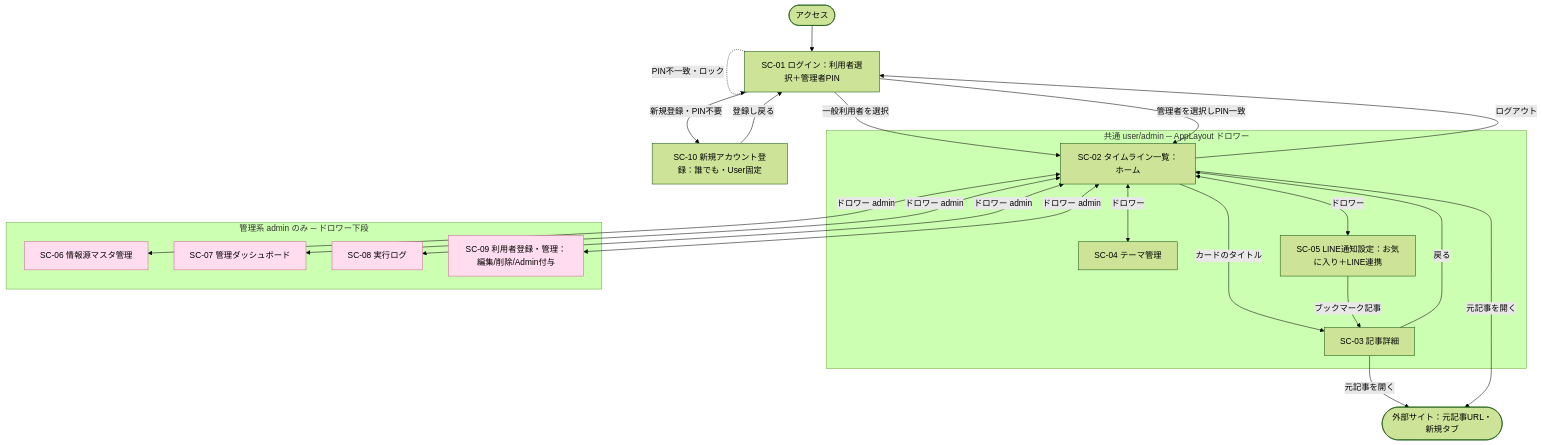
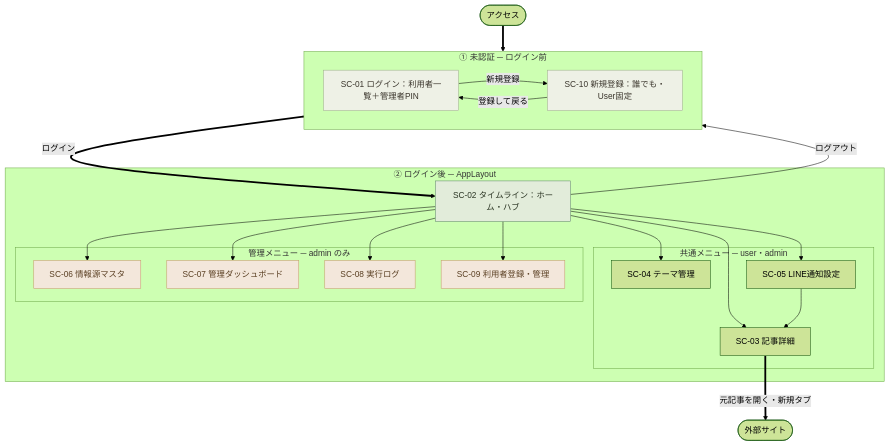
The diagram in 02_基本設計/画面遷移図.md (niro2ro/webapp-info-aggregator), drawn with Mermaid (forest theme) before and after one commit. The commit also changed other lines of this file and 2 other files, not shown here.

Commit message:
基本設計: 画面遷移図をタブ切替・全幅表示にしフローを整理(見やすさ改善)
- Mermaidを再構成: ハブ(SC-02 タイムライン)中心に、①未認証②ログイン後
  (共通/管理)でグルーピング。矢印を削減し太線で主要導線を強調、色分け+凡例
- build_docs_html.pyにタブ表示レイアウトを追加(TABBED)。H2ごとにタブ化し
  1画面=1セクション全幅表示、図は最大1500px幅・min-height 64vhで大きく、
  mermaidのfontSize/nodeSpacing/rankSpacingも拡大
- 画面遷移図.htmlはタブUI(全体遷移図/遷移一覧/ロール別)で図が見やすく
- 版1.1。正本は.mdのまま(スクリプトが特定ファイルをタブ描画)

Claude-Session: https://claude.ai/code/session_018ogoB3whaVJc1JoSFoUPAA

````diff
--- a/02_基本設計/画面遷移図.md
+++ b/02_基本設計/画面遷移図.md
@@ -16,46 +16,50 @@
 ```mermaid
 flowchart TD
-    START(["アクセス"]) --> SC01
+    START(["アクセス"]) ==> SC01
 
-    SC01["SC-01 ログイン：利用者選択＋管理者PIN"]
-    SC01 -->|一般利用者を選択| SC02
-    SC01 -->|管理者を選択しPIN一致| SC02
-    SC01 -.->|PIN不一致・ロック| SC01
-    SC01 -->|新規登録・PIN不要| SC10
-    SC10 -->|登録し戻る| SC01
-    SC10["SC-10 新規アカウント登録：誰でも・User固定"]
-
-    subgraph COMMON["共通 user/admin ─ AppLayout ドロワー"]
-        SC02["SC-02 タイムライン一覧：ホーム"]
-        SC03["SC-03 記事詳細"]
-        SC04["SC-04 テーマ管理"]
-        SC05["SC-05 LINE通知設定：お気に入り＋LINE連携"]
+    subgraph GUEST["① 未認証 ─ ログイン前"]
+        direction LR
+        SC01["SC-01 ログイン：利用者一覧＋管理者PIN"]
+        SC10["SC-10 新規登録：誰でも・User固定"]
+        SC01 -->|新規登録| SC10
+        SC10 -->|登録して戻る| SC01
     end
 
-    subgraph ADMIN["管理系 admin のみ ─ ドロワー下段"]
-        SC06["SC-06 情報源マスタ管理"]
-        SC07["SC-07 管理ダッシュボード"]
-        SC08["SC-08 実行ログ"]
-        SC09["SC-09 利用者登録・管理：編集/削除/Admin付与"]
+    SC01 ==>|ログイン| SC02
+
+    subgraph APP["② ログイン後 ─ AppLayout"]
+        SC02["SC-02 タイムライン：ホーム・ハブ"]
+
+        subgraph COMMON["共通メニュー ─ user・admin"]
+            SC03["SC-03 記事詳細"]
+            SC04["SC-04 テーマ管理"]
+            SC05["SC-05 LINE通知設定"]
+        end
+
+        subgraph ADMING["管理メニュー ─ admin のみ"]
+            SC06["SC-06 情報源マスタ"]
+            SC07["SC-07 管理ダッシュボード"]
+            SC08["SC-08 実行ログ"]
+            SC09["SC-09 利用者登録・管理"]
+        end
+
+        SC02 --> SC03
+        SC02 --> SC04
+        SC02 --> SC05
+        SC02 --> SC06
+        SC02 --> SC07
+        SC02 --> SC08
+        SC02 --> SC09
+        SC05 --> SC03
     end
 
-    SC02 -->|カードのタイトル| SC03
-    SC03 -->|戻る| SC02
-    SC03 -->|元記事を開く| EXT
-    SC02 -->|元記事を開く| EXT
-    EXT(["外部サイト：元記事URL・新規タブ"])
-
-    SC02 <-->|ドロワー| SC04
-    SC02 <-->|ドロワー| SC05
-    SC05 -->|ブックマーク記事| SC03
-
-    SC02 <-->|ドロワー admin| SC06
-    SC02 <-->|ドロワー admin| SC07
-    SC02 <-->|ドロワー admin| SC08
-    SC02 <-->|ドロワー admin| SC09
-
+    SC03 ==>|元記事を開く・新規タブ| EXT(["外部サイト"])
     SC02 -->|ログアウト| SC01
 
-    classDef admin fill:#fde,stroke:#c69;
+    classDef guest fill:#eef1e6,stroke:#9caf88,color:#3a352c;
+    classDef hub fill:#e2ecda,stroke:#5f8768,color:#2b3524;
+    classDef admin fill:#f3e7db,stroke:#c69a6a,color:#5a3f22;
+    class SC01,SC10 guest;
+    class SC02 hub;
     class SC06,SC07,SC08,SC09 admin;
 ```
````
